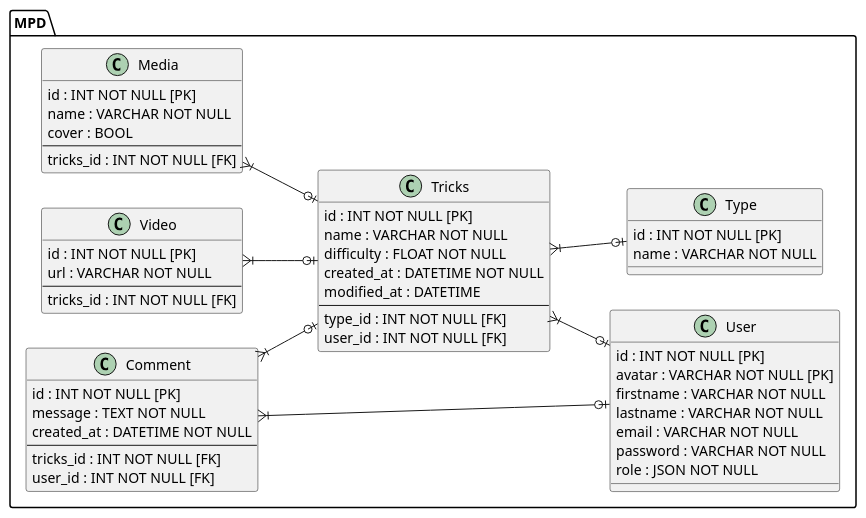
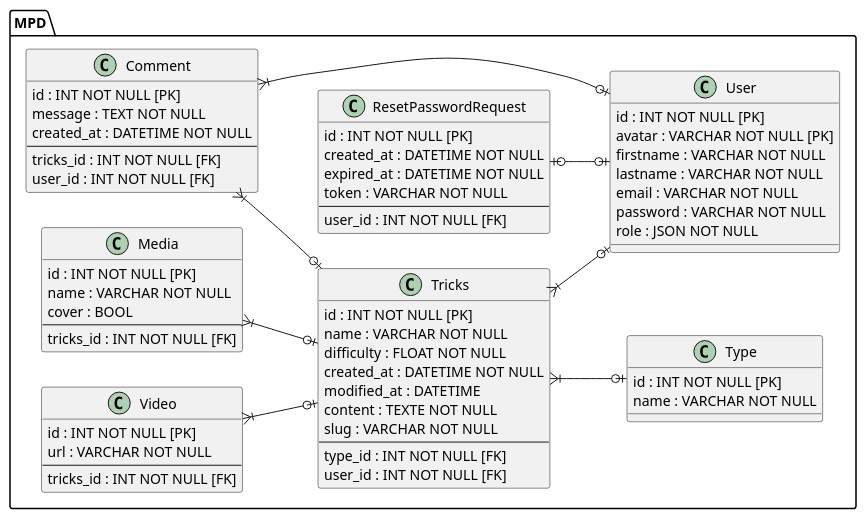
Before and after one commit to ThomasG51/snow-tricks: the diagram in docs/UML/mpd.plantuml, drawn with PlantUML. The commit also changed 8 other files, not shown here.

Commit message:
doc: update readme, usecase and sequences diagrams

```diff
--- a/docs/UML/mpd.plantuml
+++ b/docs/UML/mpd.plantuml
@@ -1,66 +1,79 @@
 @startuml
 
     left to right direction
 
     package MPD {
         Class Tricks {
             id : INT NOT NULL [PK]
             name : VARCHAR NOT NULL
             difficulty : FLOAT NOT NULL
             created_at : DATETIME NOT NULL
             modified_at : DATETIME
+            content : TEXTE NOT NULL
+            slug : VARCHAR NOT NULL
             --
             type_id : INT NOT NULL [FK]
             user_id : INT NOT NULL [FK]
         }
 
         Class Media {
             id : INT NOT NULL [PK]
             name : VARCHAR NOT NULL
             cover : BOOL
             --
             tricks_id : INT NOT NULL [FK]
         }
 
         Class Video {
             id : INT NOT NULL [PK]
             url : VARCHAR NOT NULL
             --
             tricks_id : INT NOT NULL [FK]
         }
 
         Class Type {
             id : INT NOT NULL [PK]
             name : VARCHAR NOT NULL
         }
 
         Class User {
             id : INT NOT NULL [PK]
             avatar : VARCHAR NOT NULL [PK]
             firstname : VARCHAR NOT NULL
             lastname : VARCHAR NOT NULL
             email : VARCHAR NOT NULL
             password : VARCHAR NOT NULL
             role : JSON NOT NULL
         }
 
+        Class ResetPasswordRequest {
+            id : INT NOT NULL [PK]
+            created_at : DATETIME NOT NULL
+            expired_at : DATETIME NOT NULL
+            token : VARCHAR NOT NULL
+            --
+            user_id : INT NOT NULL [FK]
+        }
+
         Class Comment {
             id : INT NOT NULL [PK]
             message : TEXT NOT NULL
             created_at : DATETIME NOT NULL
             --
             tricks_id : INT NOT NULL [FK]
             user_id : INT NOT NULL [FK]
         }
 
         Tricks }|--o| Type
         Tricks }|--o| User
 
         Media }|--o| Tricks
         Video }|--o| Tricks
 
         Comment }|--o| Tricks
         Comment }|--o| User
+
+        ResetPasswordRequest |o--o| User
     }
 
 @enduml
```
